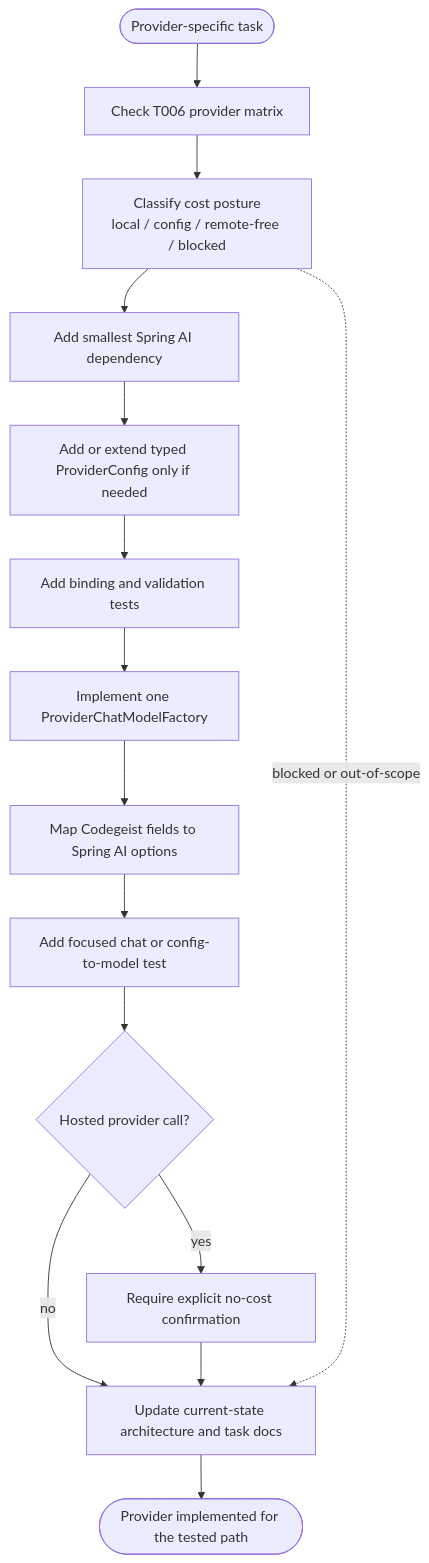
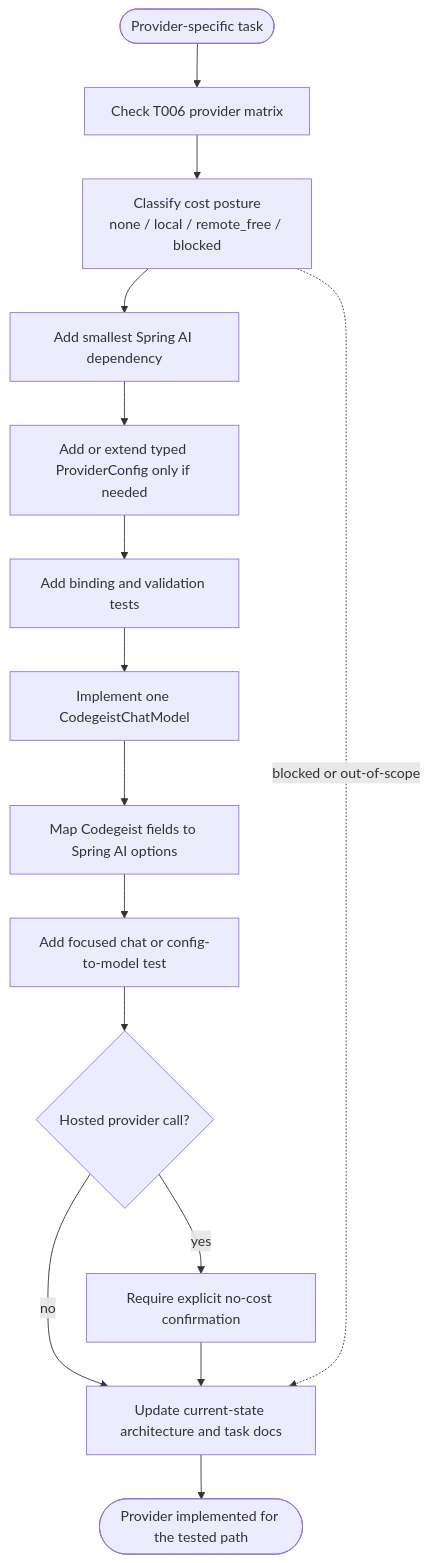
One commit to codegeist-ai/codegeist changed the third of 3 diagrams in docs/developer/specification/llm-provider-implementation.md. Above: the diagram before and after it, drawn with Mermaid. The commit also changed other lines of this file and 54 other files, not shown here.

````diff
--- a/docs/developer/specification/llm-provider-implementation.md
+++ b/docs/developer/specification/llm-provider-implementation.md
@@ -166,24 +135,24 @@
 ```mermaid
 flowchart TD
     Start([Provider-specific task])
     Matrix[Check T006 provider matrix]
-    Cost[Classify cost posture<br/>local / config / remote-free / blocked]
+    Cost[Classify cost posture<br/>none / local / remote_free / blocked]
     Dependency[Add smallest Spring AI dependency]
     Config[Add or extend typed ProviderConfig only if needed]
     Validation[Add binding and validation tests]
-    Factory[Implement one ProviderChatModelFactory]
+    Model[Implement one CodegeistChatModel]
     Mapping[Map Codegeist fields to Spring AI options]
     Test[Add focused chat or config-to-model test]
     Remote{Hosted provider call?}
     Gate[Require explicit no-cost confirmation]
     Docs[Update current-state architecture and task docs]
     Done([Provider implemented for the tested path])
 
     Start --> Matrix --> Cost --> Dependency --> Config --> Validation
-    Validation --> Factory --> Mapping --> Test --> Remote
+    Validation --> Model --> Mapping --> Test --> Remote
     Remote -- no --> Docs
     Remote -- yes --> Gate --> Docs
     Docs --> Done
 
     Cost -. blocked or out-of-scope .-> Docs
 ```
````
